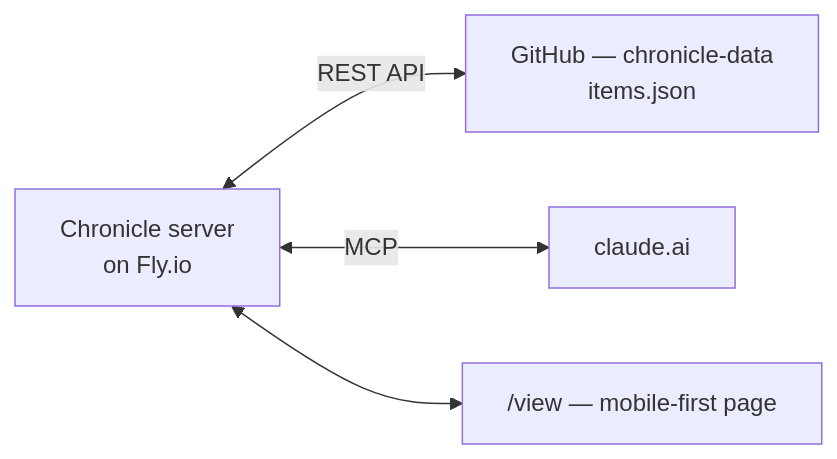
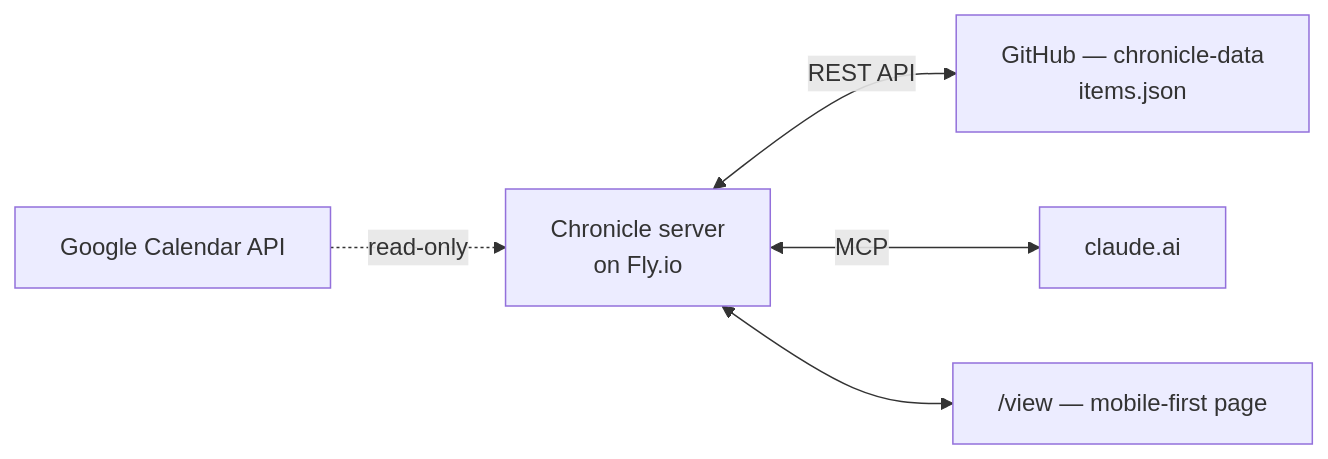
One commit to markmace/chronicle changed the diagram in README.md. Above: the diagram before and after it, drawn with Mermaid. The commit also changed other lines of this file and 10 other files, not shown here.

First line of the commit message:
Implement read-only Google Calendar integration and default view mode management

````diff
--- a/README.md
+++ b/README.md
@@ -50,11 +50,13 @@
 ```mermaid
 flowchart LR
     G["GitHub — chronicle-data<br/>items.json"]
     M["Chronicle server<br/>on Fly.io"]
     C["claude.ai"]
     V["/view — mobile-first page"]
+    GC["Google Calendar API"]
 
     M <-->|REST API| G
     M <-->|MCP| C
     M <--> V
+    GC -.->|read-only| M
 ```
````
